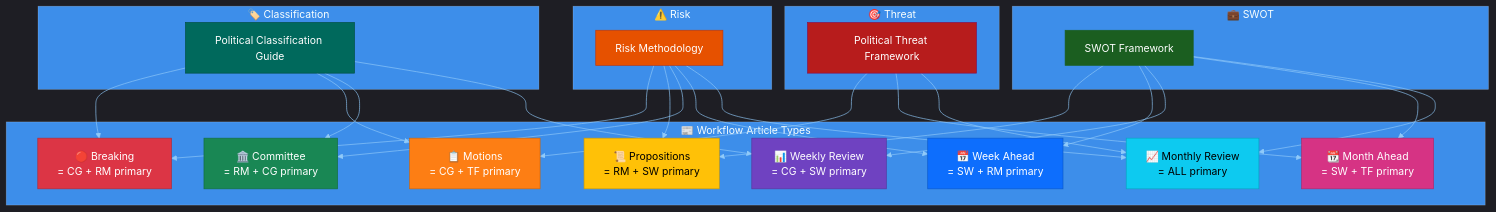
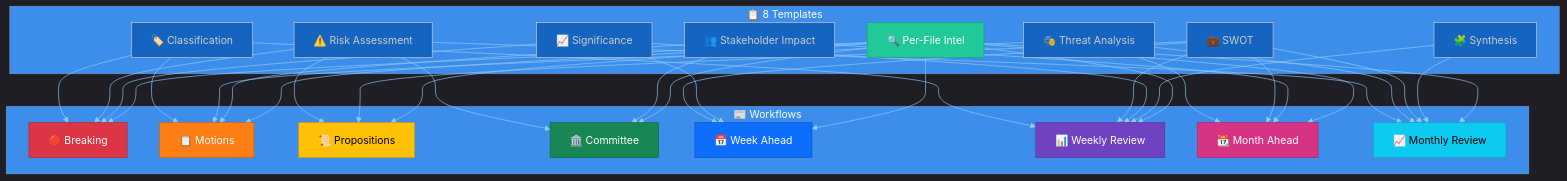
Diagram 15 of 16 in docs/api/media/README-9.md (Hack23/euparliamentmonitor), drawn with Mermaid before and after one commit. The commit also changed other lines of this file and 1553 other files, not shown here.

````diff
--- a/docs/api/media/README-9.md
+++ b/docs/api/media/README-9.md
@@ -906,45 +793,44 @@
 ```mermaid
 %%{init: {"theme":"dark","themeVariables":{"primaryColor":"#1565C0","primaryTextColor":"#ffffff","primaryBorderColor":"#0A3F7F","lineColor":"#90CAF9","secondaryColor":"#2E7D32","secondaryTextColor":"#ffffff","secondaryBorderColor":"#0F3F00","tertiaryColor":"#FF9800","tertiaryTextColor":"#000000","tertiaryBorderColor":"#7F4F00","mainBkg":"#1565C0","secondBkg":"#2E7D32","tertiaryBkg":"#FF9800","noteBkgColor":"#FFC107","noteTextColor":"#000000","noteBorderColor":"#7F6000","errorBkgColor":"#D32F2F","errorTextColor":"#ffffff","fontFamily":"Inter, Helvetica, Arial, sans-serif","pie1":"#1565C0","pie2":"#2E7D32","pie3":"#FF9800","pie4":"#D32F2F","pie5":"#FFC107","pie6":"#7B1FA2","pie7":"#9E9E9E","pie8":"#0288D1","pie9":"#388E3C","pie10":"#F57C00","pie11":"#C62828","pie12":"#FBC02D","pieTitleTextSize":"18px","pieSectionTextSize":"14px","pieLegendTextSize":"13px","pieStrokeColor":"#1e1e1e","pieOuterStrokeColor":"#1e1e1e","git0":"#1565C0","git1":"#2E7D32","git2":"#FF9800","git3":"#D32F2F","gitBranchLabel0":"#ffffff","gitBranchLabel1":"#ffffff","gitBranchLabel2":"#000000","gitBranchLabel3":"#ffffff","cScale0":"#1565C0","cScale1":"#2E7D32","cScale2":"#FF9800","cScale3":"#D32F2F","cScale4":"#FFC107","cScale5":"#7B1FA2","cScale6":"#9E9E9E","cScale7":"#0288D1","xyChart":{"backgroundColor":"#1e1e1e","plotColorPalette":"#1565C0,#2E7D32,#FF9800,#D32F2F,#FFC107,#7B1FA2,#9E9E9E"}}}}%%
 flowchart TD
-    subgraph "🏷️ Classification"
-        CG["Political Classification Guide"]
-    end
-    subgraph "⚠️ Risk"
-        RM["Risk Methodology"]
-    end
-    subgraph "🎯 Threat"
-        TF["Political Threat Framework"]
-    end
-    subgraph "💼 SWOT"
-        SW["SWOT Framework"]
+    subgraph "📋 8 Templates"
+        T1["🏷️ Classification"]
+        T2["⚠️ Risk Assessment"]
+        T3["🎭 Threat Analysis"]
+        T4["💼 SWOT"]
+        T5["👥 Stakeholder Impact"]
+        T6["📈 Significance"]
+        T7["🧩 Synthesis"]
+        T8["🔍 Per-File Intel"]
     end
 
-    subgraph "📰 Workflow Article Types"
-        BK["🔴 Breaking\n= CG + RM primary"]
-        MO["📋 Motions\n= CG + TF primary"]
-        PR["📜 Propositions\n= RM + SW primary"]
-        CR["🏛️ Committee\n= RM + CG primary"]
-        WA["📅 Week Ahead\n= SW + RM primary"]
-        WR["📊 Weekly Review\n= CG + SW primary"]
-        MA["📆 Month Ahead\n= SW + TF primary"]
-        MR["📈 Monthly Review\n= ALL primary"]
+    subgraph "📰 Workflows"
+        BK["🔴 Breaking"]
+        MO["📋 Motions"]
+        PR["📜 Propositions"]
+        CR["🏛️ Committee"]
+        WA["📅 Week Ahead"]
+        WR["📊 Weekly Review"]
+        MA["📆 Month Ahead"]
+        MR["📈 Monthly Review"]
     end
 
-    CG --> BK & MO & CR & WR
-    RM --> BK & PR & CR & WA & MR
-    TF --> MO & MA & MR
-    SW --> PR & WA & WR & MA & MR
+    T1 --> BK & MO & WR
+    T2 --> BK & CR & PR & MR
+    T3 --> MO & MA & MR
+    T4 --> PR & WA & WR & MA & MR
+    T5 --> CR & MO & MA
+    T6 --> BK & WA & WR
+    T7 --> WR & MR
+    T8 --> BK & MO & PR & CR & WA & WR & MA & MR
 
-    style CG fill:#00695C,stroke:#004D40,color:#fff
-    style RM fill:#E65100,stroke:#BF360C,color:#fff
-    style TF fill:#B71C1C,stroke:#880E4F,color:#fff
-    style SW fill:#1B5E20,stroke:#1B5E20,color:#fff
     style BK fill:#dc3545,stroke:#b02a37,color:#fff
     style MO fill:#fd7e14,stroke:#ca6510,color:#fff
     style PR fill:#ffc107,stroke:#cc9a06,color:#000
     style CR fill:#198754,stroke:#146c43,color:#fff
     style WA fill:#0d6efd,stroke:#0a58ca,color:#fff
     style WR fill:#6f42c1,stroke:#59359a,color:#fff
     style MA fill:#d63384,stroke:#ab296a,color:#fff
     style MR fill:#0dcaf0,stroke:#0aa2c0,color:#000
+    style T8 fill:#20c997,stroke:#1aa179,color:#fff
 ```
````
